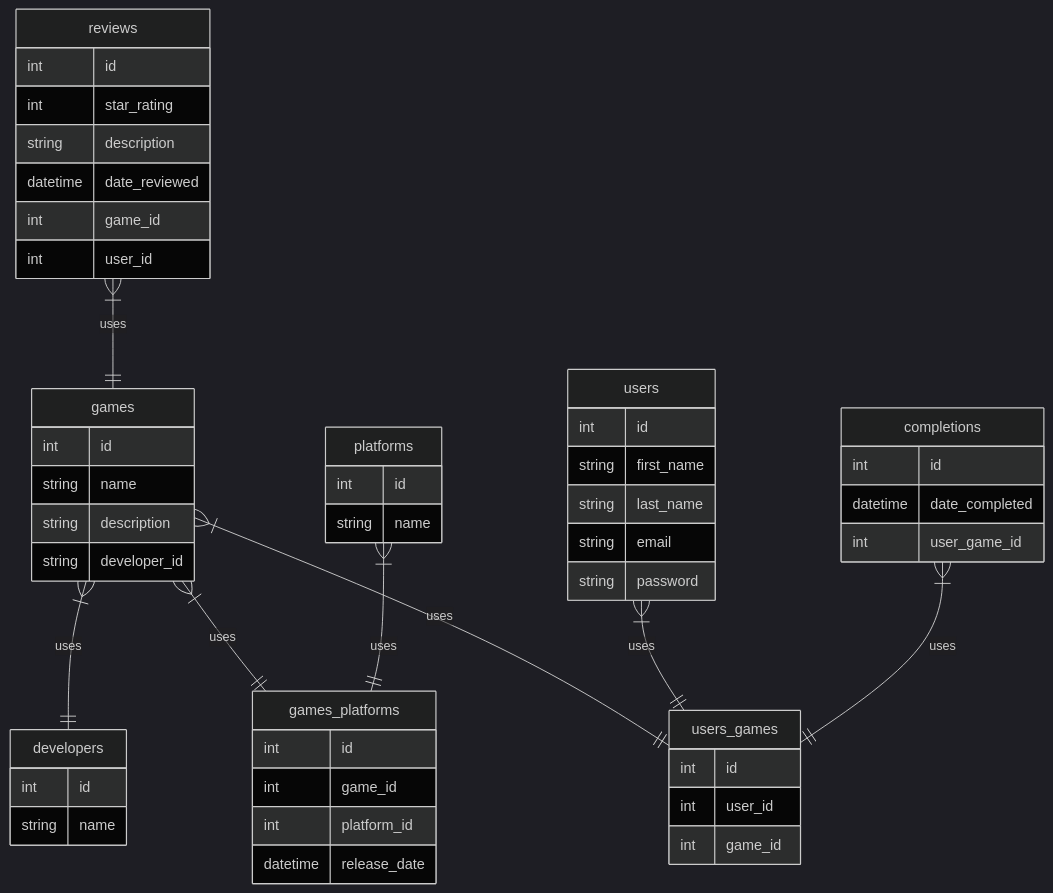
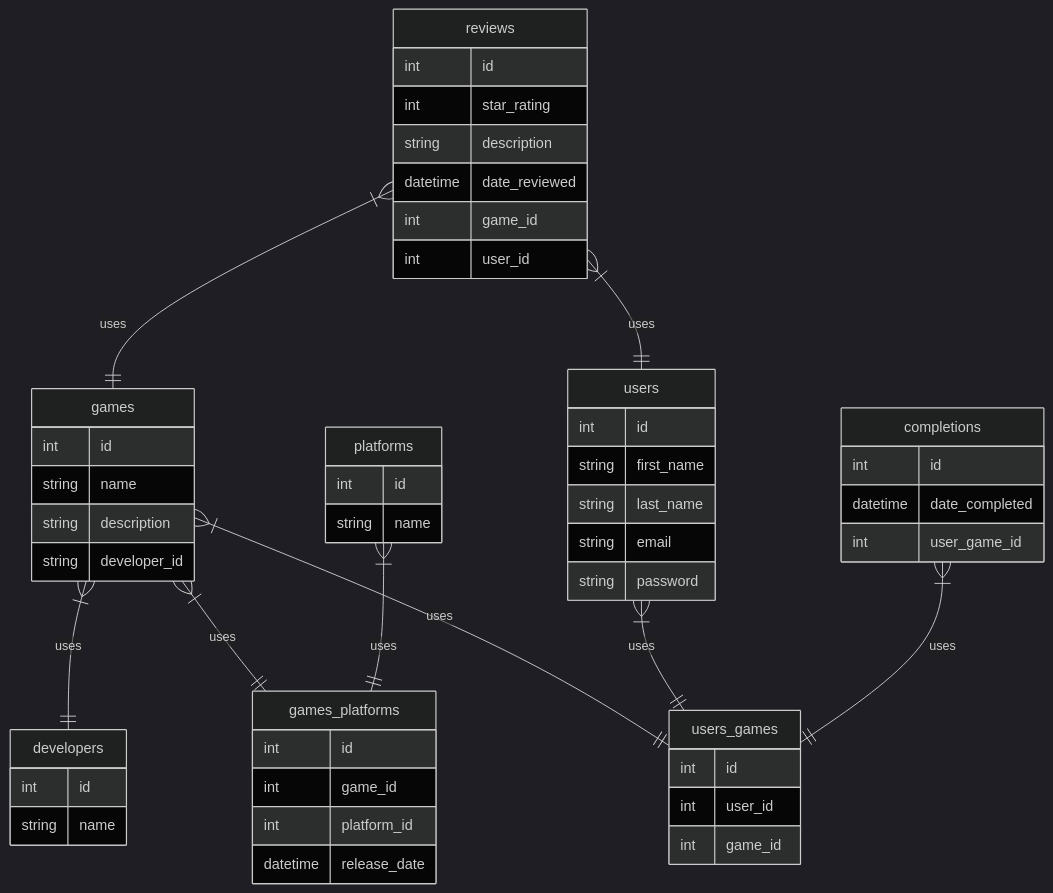
One commit to Haikira/VGLogger changed the second of 2 diagrams in README.md. Above: the diagram before and after it, drawn with Mermaid.

````diff
--- a/README.md
+++ b/README.md
@@ -42,60 +42,61 @@
 ``` mermaid
 %%{init: {'theme': 'dark' } }%%
 
 erDiagram
 
         games {
                 int id
                 string name                
                 string description
                 string developer_id
         }
         platforms {
                 int id
                 string name                
         }
         games_platforms {
                 int id
                 int game_id
                 int platform_id
                 datetime release_date
         }
         users_games {
                 int id
                 int user_id
                 int game_id
         }
         users {
                 int id
                 string first_name
                 string last_name
                 string email
                 string password
         }
         developers {
                 int id
                 string name
         }
         reviews {
                 int id
                 int star_rating
                 string description
                 datetime date_reviewed
                 int game_id
                 int user_id
         }
         completions {
                 int id
                 datetime date_completed
                 int user_game_id
         }
         
         games }|--|| games_platforms: "uses"
         platforms }|--|| games_platforms: "uses"
         games }|--|| users_games: "uses"
         users }|--|| users_games: "uses"
         games }|--|| developers: "uses"
         reviews }|--|| games: "uses"
+        reviews }|--|| users: "uses"
         completions }|--|| users_games: "uses"
 
 ```
````
